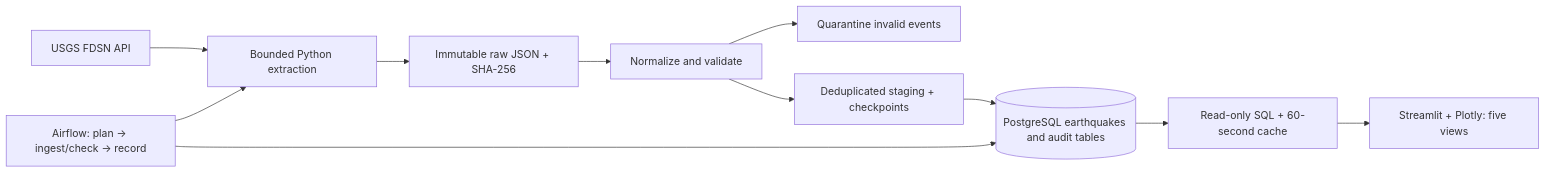
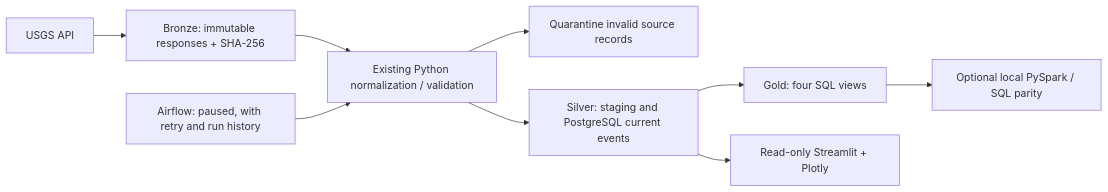
Before and after one commit to neilsenvaz10/Global-Earthquake-Data-Engineering-Analytics-Pipeline: the diagram in docs/DEMO_GUIDE.md, drawn with Mermaid. The commit also changed other lines of this file and 27 other files, not shown here.

````diff
--- a/docs/DEMO_GUIDE.md
+++ b/docs/DEMO_GUIDE.md
@@ -20,13 +21,11 @@
 ```mermaid
 flowchart LR
-    U[USGS FDSN API] --> E[Bounded Python extraction]
-    E --> R[Immutable raw JSON + SHA-256]
-    R --> T[Normalize and validate]
-    T --> Q[Quarantine invalid events]
-    T --> S[Deduplicated staging + checkpoints]
-    S --> P[(PostgreSQL earthquakes and audit tables)]
-    A[Airflow: plan → ingest/check → record] --> E
-    A --> P
-    P --> D[Read-only SQL + 60-second cache]
-    D --> V[Streamlit + Plotly: five views]
+    U[USGS API] --> B[Bronze: immutable responses + SHA-256]
+    B --> E[Existing Python normalization / validation]
+    E --> Q[Quarantine invalid source records]
+    E --> S[Silver: staging and PostgreSQL current events]
+    S --> G[Gold: four SQL views]
+    S --> D[Read-only Streamlit + Plotly]
+    G --> P[Optional local PySpark / SQL parity]
+    A[Airflow: paused, with retry and run history] --> E
 ```
````
